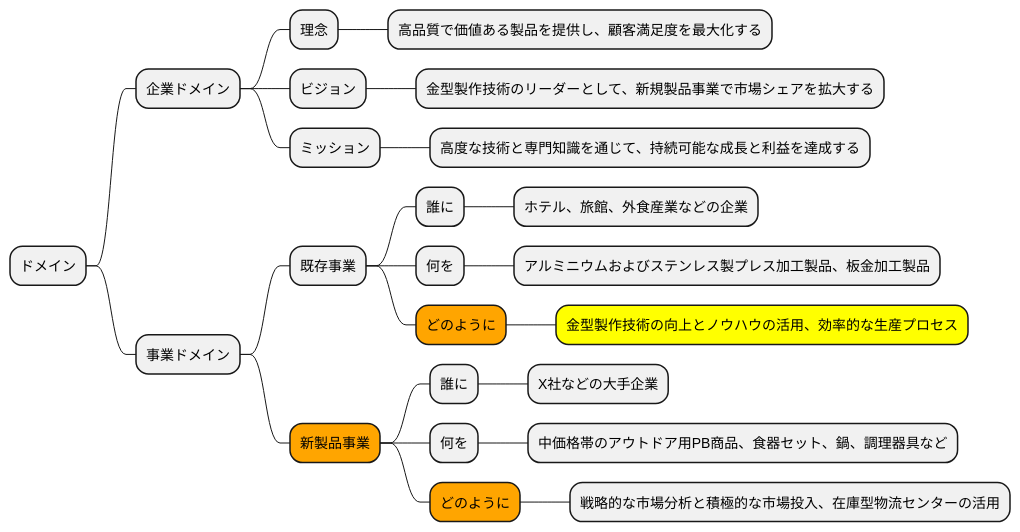
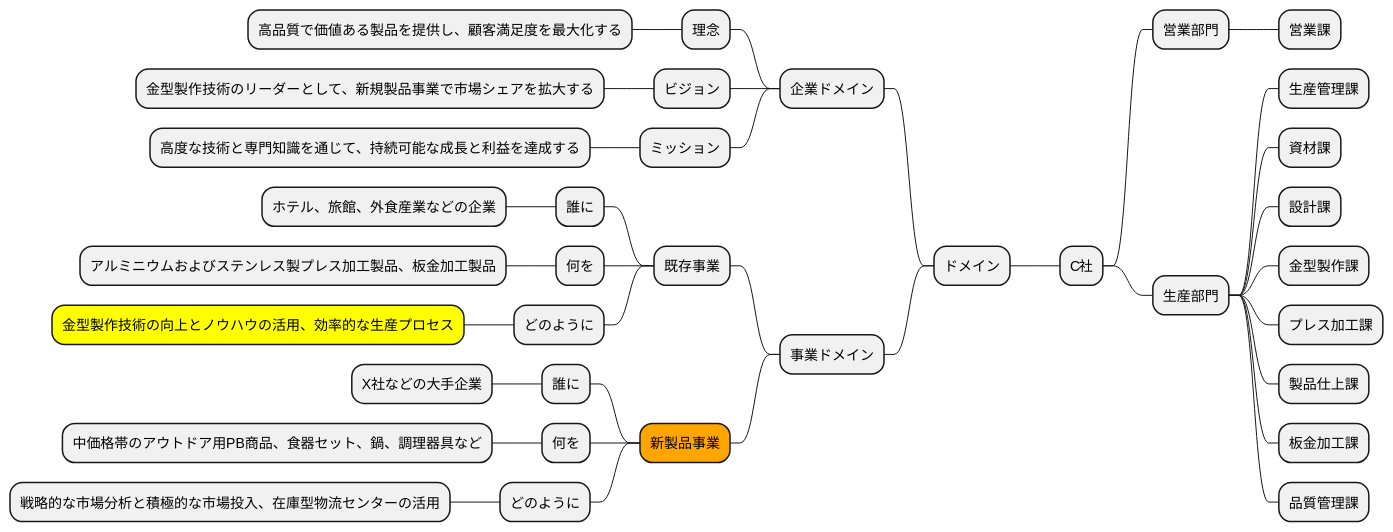
Before and after one commit to k2works/case-sutudy-business-analysis: the fifth of 16 diagrams in docs/case/r04_case_3.adoc, drawn with PlantUML. The commit also changed other lines of this file and 2 other files, not shown here.

Commit message:
docs:R04 事例3

```diff
--- a/docs/case/r04_case_3.adoc
+++ b/docs/case/r04_case_3.adoc
@@ -204,30 +204,43 @@
 [plantuml]
 ----
 @startmindmap
 
 * ドメイン
+** C社
+*** 営業部門
+**** 営業課
+*** 生産部門
+**** 生産管理課
+**** 資材課
+**** 設計課
+**** 金型製作課
+**** プレス加工課
+**** 製品仕上課
+**** 板金加工課
+**** 品質管理課
+left side
 ** 企業ドメイン
 *** 理念
 **** 高品質で価値ある製品を提供し、顧客満足度を最大化する
 *** ビジョン
 **** 金型製作技術のリーダーとして、新規製品事業で市場シェアを拡大する
 *** ミッション
 **** 高度な技術と専門知識を通じて、持続可能な成長と利益を達成する
 ** 事業ドメイン
 *** 既存事業
 **** 誰に
 ***** ホテル、旅館、外食産業などの企業
 **** 何を
 ***** アルミニウムおよびステンレス製プレス加工製品、板金加工製品
-****[#orange] どのように
+**** どのように
 *****[#yellow]  金型製作技術の向上とノウハウの活用、効率的な生産プロセス
 ***[#orange] 新製品事業
 **** 誰に
 ***** X社などの大手企業
 **** 何を
 ***** 中価格帯のアウトドア用PB商品、食器セット、鍋、調理器具など
-****[#orange] どのように
+**** どのように
 ***** 戦略的な市場分析と積極的な市場投入、在庫型物流センターの活用
 
 @endmindmap
 ----
```
